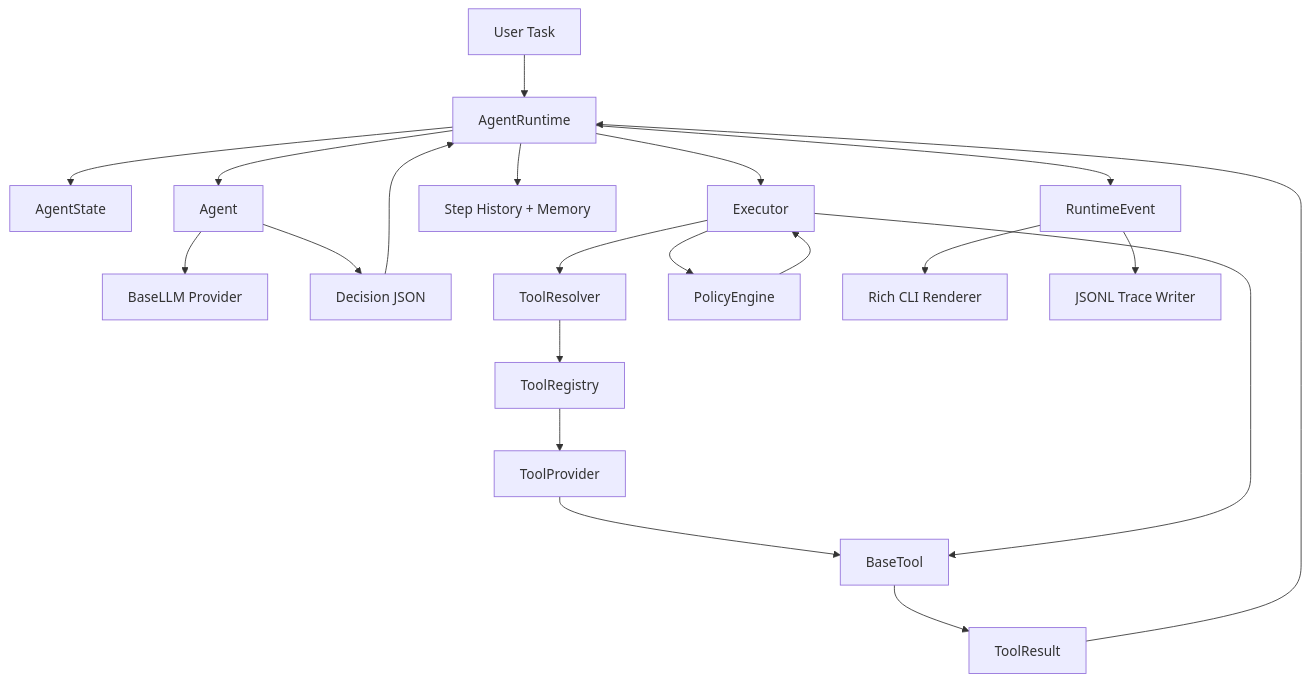
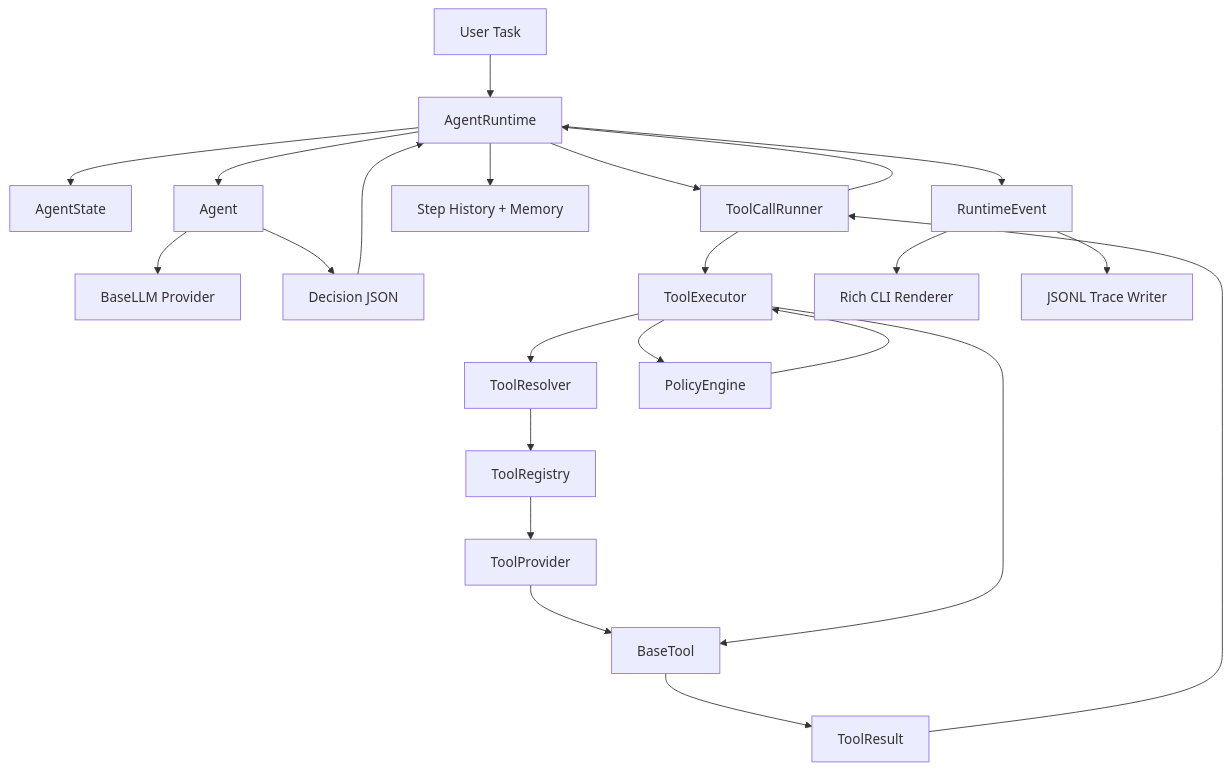
The first of 2 diagrams in docs/ARCHITECTURE.md (Dabuliule/codecraft), drawn with Mermaid before and after one commit. The commit also changed other lines of this file and 18 other files, not shown here.

Commit message:
refactor: decouple tool approval flow

````diff
--- a/docs/ARCHITECTURE.md
+++ b/docs/ARCHITECTURE.md
@@ -19,23 +19,25 @@
 ```mermaid
 flowchart TD
     UserTask[User Task] --> Runtime[AgentRuntime]
     Runtime --> State[AgentState]
     Runtime --> Agent[Agent]
     Agent --> LLM[BaseLLM Provider]
     Agent --> Decision[Decision JSON]
     Decision --> Runtime
-    Runtime --> Executor[Executor]
-    Executor --> Resolver[ToolResolver]
+    Runtime --> ToolExecution[ToolCallRunner]
+    ToolExecution --> ToolExecutor[ToolExecutor]
+    ToolExecutor --> Resolver[ToolResolver]
     Resolver --> Registry[ToolRegistry]
     Registry --> Provider[ToolProvider]
     Provider --> Tool[BaseTool]
-    Executor --> Policy[PolicyEngine]
-    Policy --> Executor
-    Executor --> Tool
+    ToolExecutor --> Policy[PolicyEngine]
+    Policy --> ToolExecutor
+    ToolExecutor --> Tool
     Tool --> Result[ToolResult]
-    Result --> Runtime
+    Result --> ToolExecution
+    ToolExecution --> Runtime
     Runtime --> Step[Step History + Memory]
     Runtime --> Events[RuntimeEvent]
     Events --> CLI[Rich CLI Renderer]
     Events --> Trace[JSONL Trace Writer]
 ```
````
